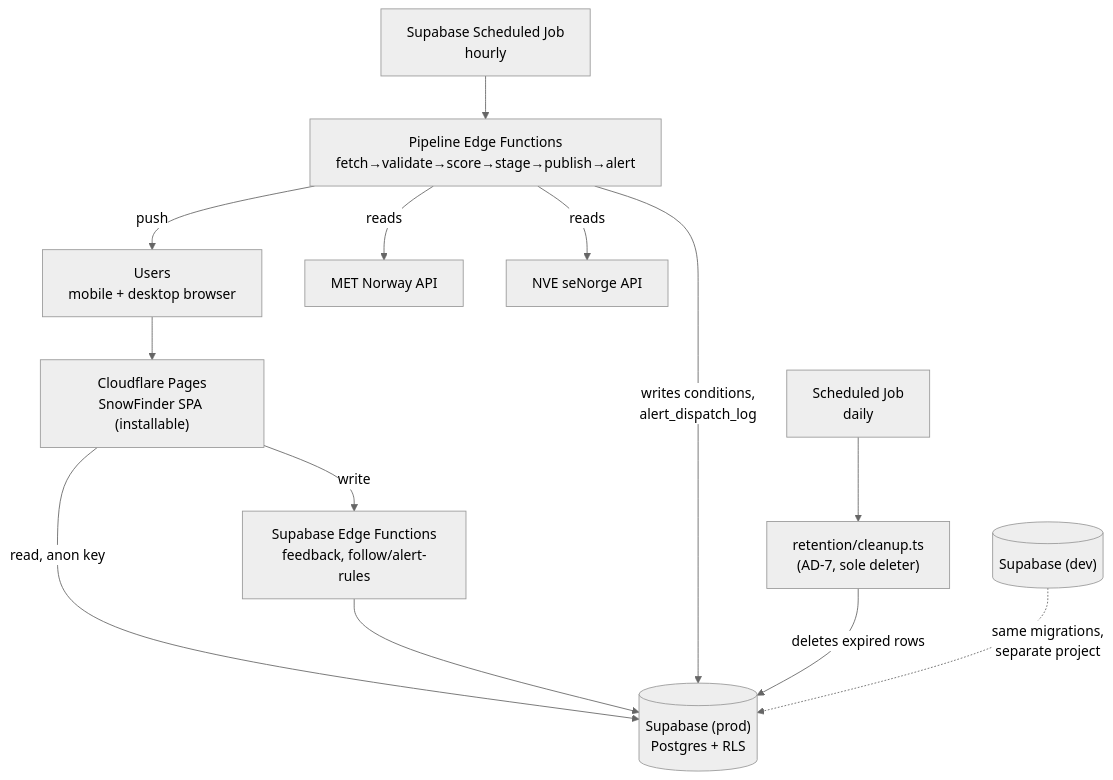
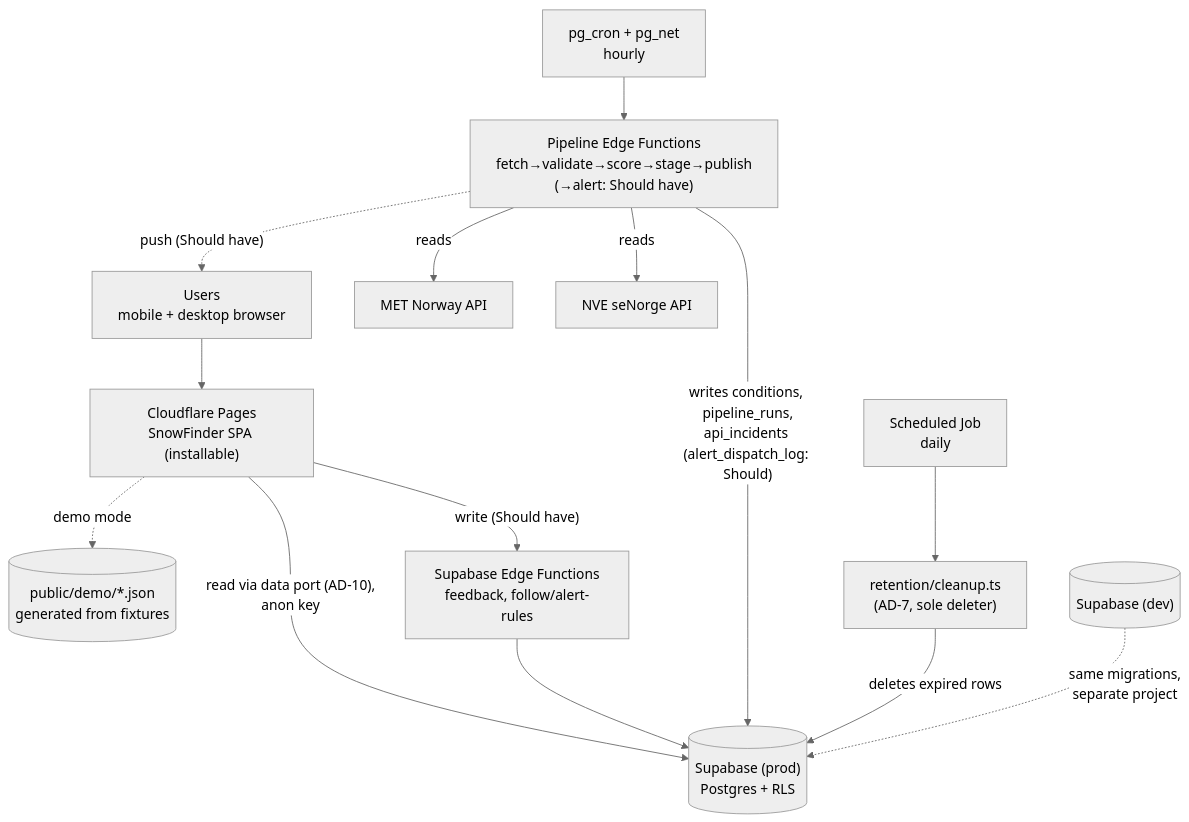
One commit to IBE160-2026/G18-bikila-dymbe-gela-james changed the second of 2 diagrams in project-phase-folders/2-Planleggingsfasen/SnowFinder-Arkitektur.md. Above: the diagram before and after it, drawn with Mermaid (neutral theme). The commit also changed other lines of this file and 6 other files, not shown here.

````diff
--- a/project-phase-folders/2-Planleggingsfasen/SnowFinder-Arkitektur.md
+++ b/project-phase-folders/2-Planleggingsfasen/SnowFinder-Arkitektur.md
@@ -205,15 +373,16 @@
 ```mermaid
 flowchart TB
     U["Users<br/>mobile + desktop browser"] --> FE["Cloudflare Pages<br/>SnowFinder SPA (installable)"]
-    FE -- "read, anon key" --> SB[("Supabase (prod)<br/>Postgres + RLS")]
-    FE -- "write" --> EF["Supabase Edge Functions<br/>feedback, follow/alert-rules"]
+    FE -- "read via data port (AD-10),<br/>anon key" --> SB[("Supabase (prod)<br/>Postgres + RLS")]
+    FE -. "demo mode" .-> DEMO[("public/demo/*.json<br/>generated from fixtures")]
+    FE -- "write (Should have)" --> EF["Supabase Edge Functions<br/>feedback, follow/alert-rules"]
     EF --> SB
-    CRON["Supabase Scheduled Job<br/>hourly"] --> PIPE["Pipeline Edge Functions<br/>fetch→validate→score→stage→publish→alert"]
+    CRON["pg_cron + pg_net<br/>hourly"] --> PIPE["Pipeline Edge Functions<br/>fetch→validate→score→stage→publish<br/>(→alert: Should have)"]
     PIPE -- "reads" --> MET["MET Norway API"]
     PIPE -- "reads" --> NVE["NVE seNorge API"]
-    PIPE -- "writes conditions,<br/>alert_dispatch_log" --> SB
-    PIPE -- "push" --> U
+    PIPE -- "writes conditions, pipeline_runs,<br/>api_incidents (alert_dispatch_log: Should)" --> SB
+    PIPE -. "push (Should have)" .-> U
     RCRON["Scheduled Job<br/>daily"] --> RET["retention/cleanup.ts<br/>(AD-7, sole deleter)"]
     RET -- "deletes expired rows" --> SB
     DEV[("Supabase (dev)")] -.->|"same migrations,<br/>separate project"| SB
 ```
````
